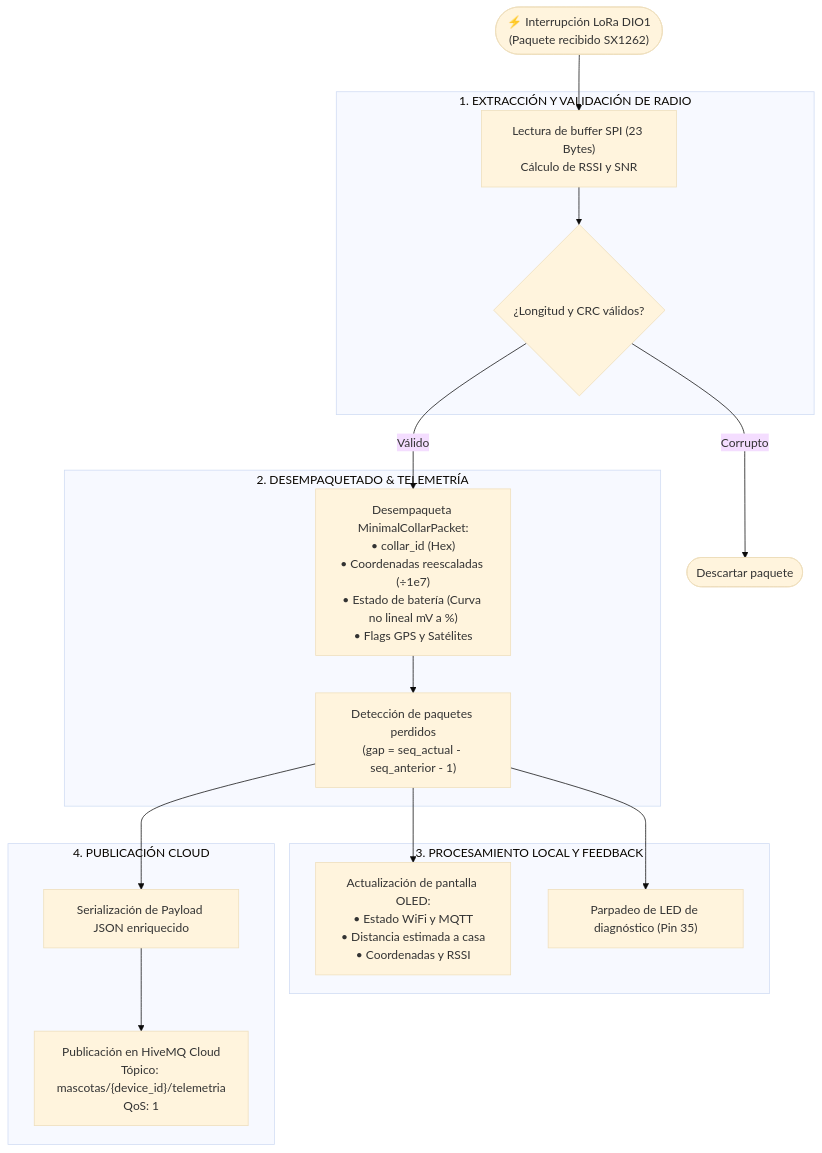
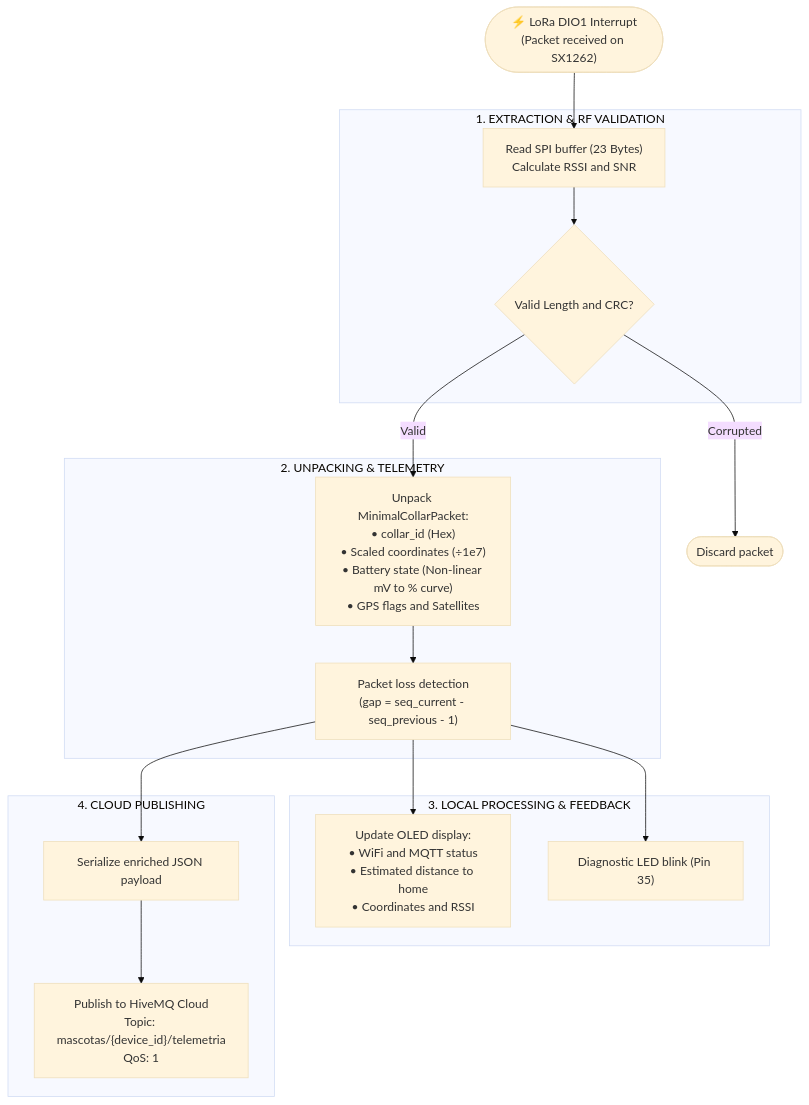
The third of 4 diagrams in README.md (Piero16301/Michi_Link), drawn with Mermaid (base theme) before and after one commit. The commit also changed other lines of this file and 3 other files, not shown here.

First line of the commit message:
Document system architecture in English

````diff
--- a/README.md
+++ b/README.md
@@ -234,31 +301,31 @@
 ```mermaid
 flowchart TD
-    RX_INT(["⚡ Interrupción LoRa DIO1\n(Paquete recibido SX1262)"])
+    RX_INT(["⚡ LoRa DIO1 Interrupt\n(Packet received on SX1262)"])
     
-    subgraph S1 ["1. EXTRACCIÓN Y VALIDACIÓN DE RADIO"]
-        READ_PKT["Lectura de buffer SPI (23 Bytes)\nCálculo de RSSI y SNR"]
-        CRC_CHECK{"¿Longitud y CRC válidos?"}
+    subgraph S1 ["1. EXTRACTION & RF VALIDATION"]
+        READ_PKT["Read SPI buffer (23 Bytes)\nCalculate RSSI and SNR"]
+        CRC_CHECK{"Valid Length and CRC?"}
     end
 
-    subgraph S2 ["2. DESEMPAQUETADO & TELEMETRÍA"]
-        UNPACK["Desempaqueta MinimalCollarPacket:\n• collar_id (Hex)\n• Coordenadas reescaladas (÷1e7)\n• Estado de batería (Curva no lineal mV a %)\n• Flags GPS y Satélites"]
-        GAP_CHECK["Detección de paquetes perdidos\n(gap = seq_actual - seq_anterior - 1)"]
+    subgraph S2 ["2. UNPACKING & TELEMETRY"]
+        UNPACK["Unpack MinimalCollarPacket:\n• collar_id (Hex)\n• Scaled coordinates (÷1e7)\n• Battery state (Non-linear mV to % curve)\n• GPS flags and Satellites"]
+        GAP_CHECK["Packet loss detection\n(gap = seq_current - seq_previous - 1)"]
     end
 
-    subgraph S3 ["3. PROCESAMIENTO LOCAL Y FEEDBACK"]
-        OLED["Actualización de pantalla OLED:\n• Estado WiFi y MQTT\n• Distancia estimada a casa\n• Coordenadas y RSSI"]
-        LED["Parpadeo de LED de diagnóstico (Pin 35)"]
+    subgraph S3 ["3. LOCAL PROCESSING & FEEDBACK"]
+        OLED["Update OLED display:\n• WiFi and MQTT status\n• Estimated distance to home\n• Coordinates and RSSI"]
+        LED["Diagnostic LED blink (Pin 35)"]
     end
 
-    subgraph S4 ["4. PUBLICACIÓN CLOUD"]
-        BUILD_JSON["Serialización de Payload JSON enriquecido"]
-        MQTT_PUB["Publicación en HiveMQ Cloud\nTópico: mascotas/{device_id}/telemetria\nQoS: 1"]
+    subgraph S4 ["4. CLOUD PUBLISHING"]
+        BUILD_JSON["Serialize enriched JSON payload"]
+        MQTT_PUB["Publish to HiveMQ Cloud\nTopic: mascotas/{device_id}/telemetria\nQoS: 1"]
     end
 
     RX_INT --> READ_PKT --> CRC_CHECK
-    CRC_CHECK -->|"Válido"| UNPACK --> GAP_CHECK
-    CRC_CHECK -->|"Corrupto"| DROP(["Descartar paquete"])
+    CRC_CHECK -->|"Valid"| UNPACK --> GAP_CHECK
+    CRC_CHECK -->|"Corrupted"| DROP(["Discard packet"])
     GAP_CHECK --> OLED
     GAP_CHECK --> LED
     GAP_CHECK --> BUILD_JSON --> MQTT_PUB
 ```
````
